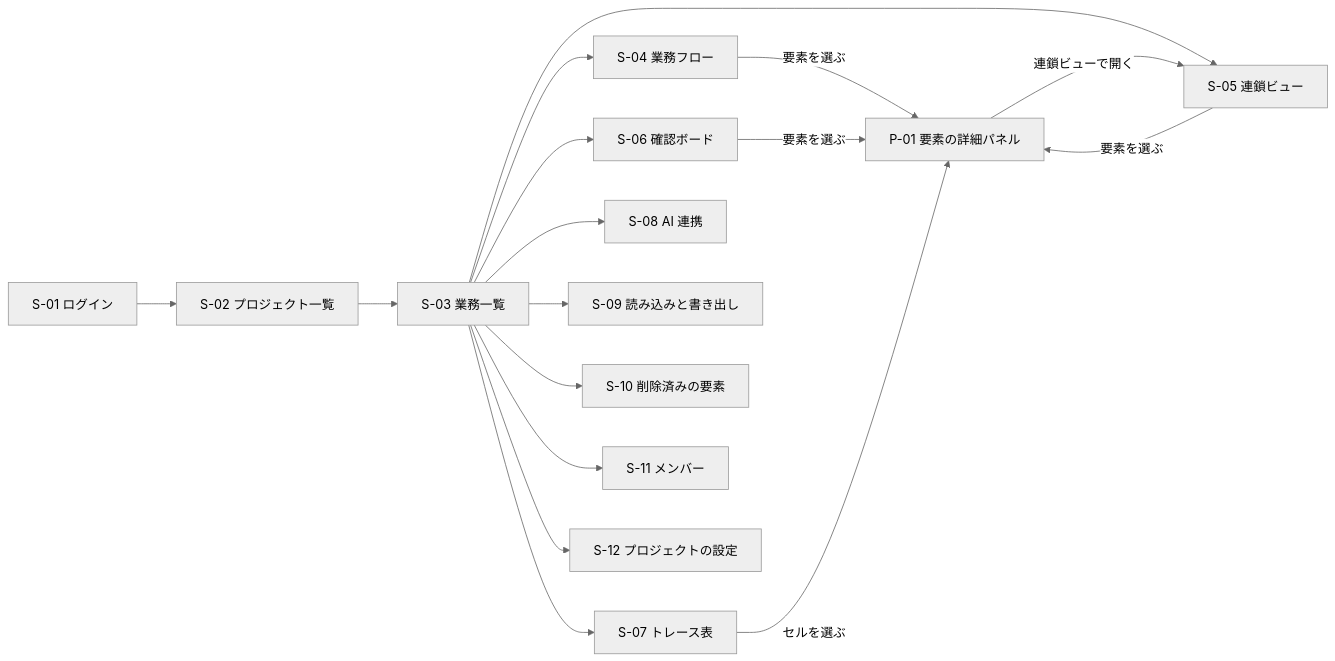
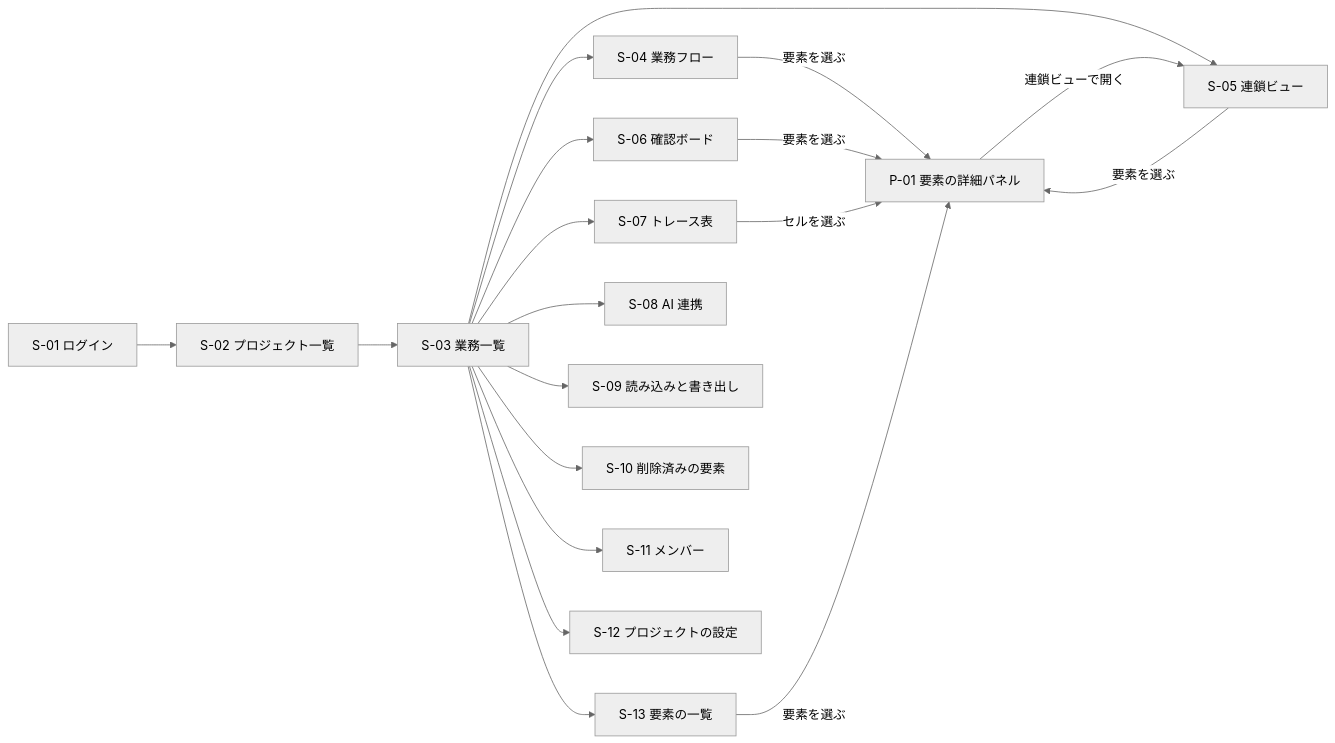
One commit to kato0373i/sujigaki changed the diagram in docs/design/screens.md. Above: the diagram before and after it, drawn with Mermaid (neutral theme). The commit also changed other lines of this file, not shown here.

````diff
--- a/docs/design/screens.md
+++ b/docs/design/screens.md
@@ -42,19 +43,21 @@
 ```mermaid
 flowchart LR
     S01[S-01 ログイン] --> S02[S-02 プロジェクト一覧]
     S02 --> S03[S-03 業務一覧]
     S03 --> S04[S-04 業務フロー]
     S03 --> S05[S-05 連鎖ビュー]
     S03 --> S06[S-06 確認ボード]
     S03 --> S07[S-07 トレース表]
+    S03 --> S13[S-13 要素の一覧]
     S04 -->|要素を選ぶ| P01[P-01 要素の詳細パネル]
     S05 -->|要素を選ぶ| P01
     S06 -->|要素を選ぶ| P01
     S07 -->|セルを選ぶ| P01
+    S13 -->|要素を選ぶ| P01
     P01 -->|連鎖ビューで開く| S05
     S03 --> S08[S-08 AI 連携]
     S03 --> S09[S-09 読み込みと書き出し]
     S03 --> S10[S-10 削除済みの要素]
     S03 --> S11[S-11 メンバー]
     S03 --> S12[S-12 プロジェクトの設定]
 ```
````
